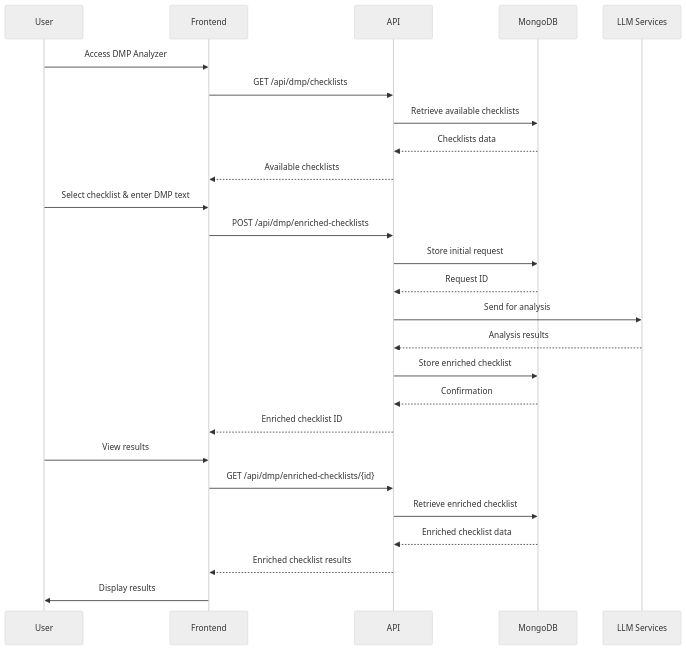
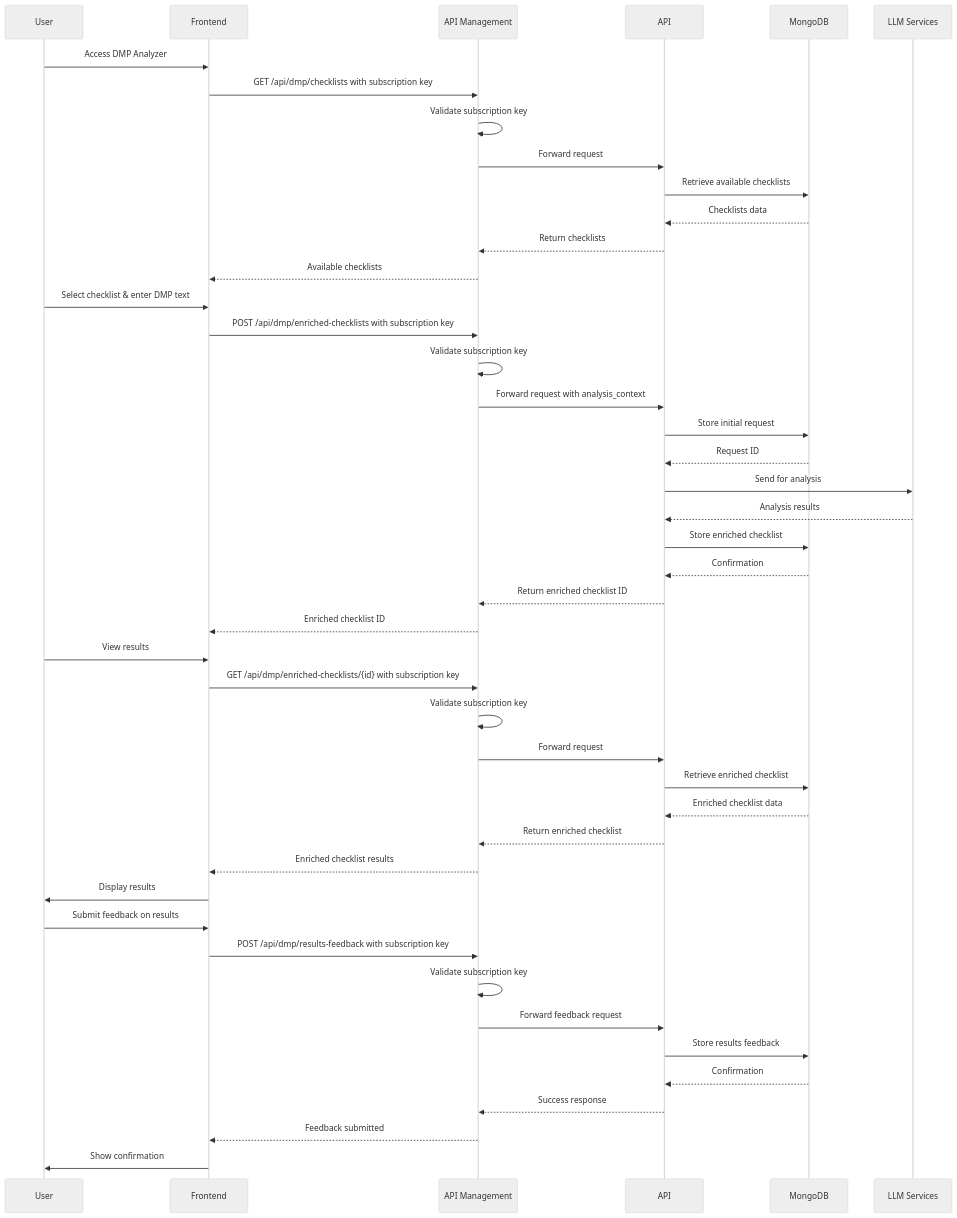
The third of 3 diagrams in docs/architecture_diagram.md (Vaikuttava-Yritys/dmp-analyser-frontend), drawn with Mermaid (neutral theme) before and after one commit. The commit also changed other lines of this file, not shown here.

Commit message:
docs: add system architecture diagrams with C4, flowchart and sequence models

````diff
--- a/docs/architecture_diagram.md
+++ b/docs/architecture_diagram.md
@@ -98,31 +129,51 @@
 ```mermaid
 sequenceDiagram
     participant User
     participant Frontend
+    participant APIM as API Management
     participant API
     participant DB as MongoDB
     participant LLM as LLM Services
     
     User->>Frontend: Access DMP Analyzer
-    Frontend->>API: GET /api/dmp/checklists
+    Frontend->>APIM: GET /api/dmp/checklists with subscription key
+    APIM->>APIM: Validate subscription key
+    APIM->>API: Forward request
     API->>DB: Retrieve available checklists
     DB-->>API: Checklists data
-    API-->>Frontend: Available checklists
+    API-->>APIM: Return checklists
+    APIM-->>Frontend: Available checklists
     
     User->>Frontend: Select checklist & enter DMP text
-    Frontend->>API: POST /api/dmp/enriched-checklists
+    Frontend->>APIM: POST /api/dmp/enriched-checklists with subscription key
+    APIM->>APIM: Validate subscription key
+    APIM->>API: Forward request with analysis_context
     API->>DB: Store initial request
     DB-->>API: Request ID
     API->>LLM: Send for analysis
     LLM-->>API: Analysis results
     API->>DB: Store enriched checklist
     DB-->>API: Confirmation
-    API-->>Frontend: Enriched checklist ID
+    API-->>APIM: Return enriched checklist ID
+    APIM-->>Frontend: Enriched checklist ID
     
     User->>Frontend: View results
-    Frontend->>API: GET /api/dmp/enriched-checklists/{id}
+    Frontend->>APIM: GET /api/dmp/enriched-checklists/{id} with subscription key
+    APIM->>APIM: Validate subscription key
+    APIM->>API: Forward request
     API->>DB: Retrieve enriched checklist
     DB-->>API: Enriched checklist data
-    API-->>Frontend: Enriched checklist results
+    API-->>APIM: Return enriched checklist
+    APIM-->>Frontend: Enriched checklist results
     Frontend->>User: Display results
+    
+    User->>Frontend: Submit feedback on results
+    Frontend->>APIM: POST /api/dmp/results-feedback with subscription key
+    APIM->>APIM: Validate subscription key
+    APIM->>API: Forward feedback request
+    API->>DB: Store results feedback
+    DB-->>API: Confirmation
+    API-->>APIM: Success response
+    APIM-->>Frontend: Feedback submitted
+    Frontend->>User: Show confirmation
 ```
````
